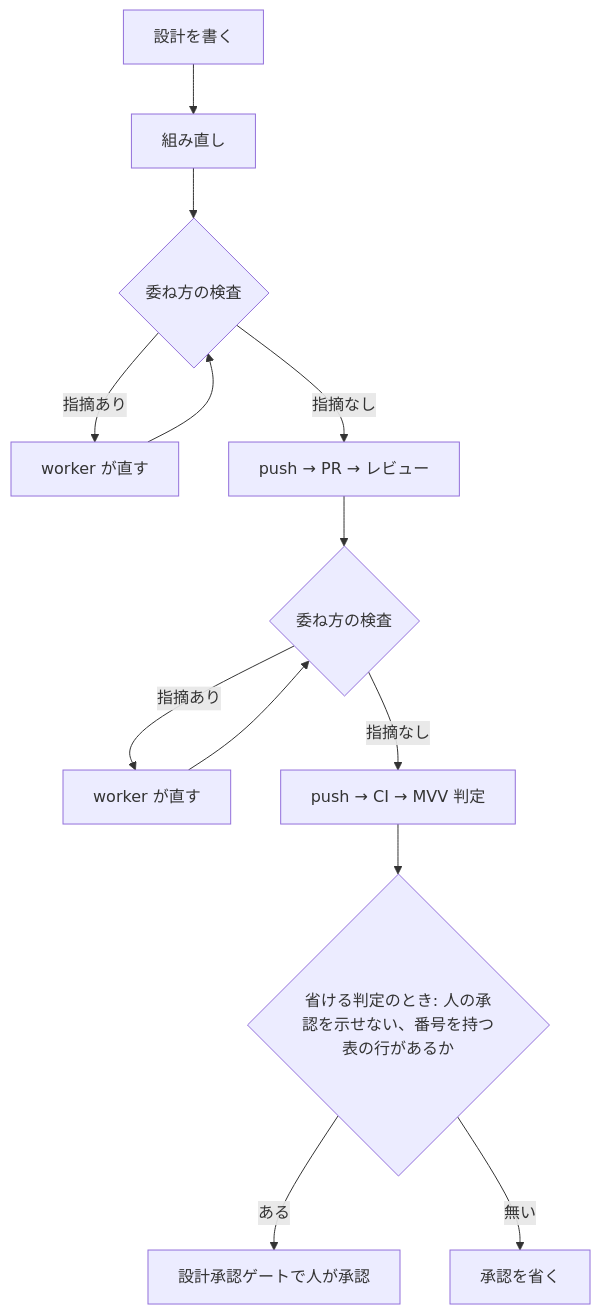
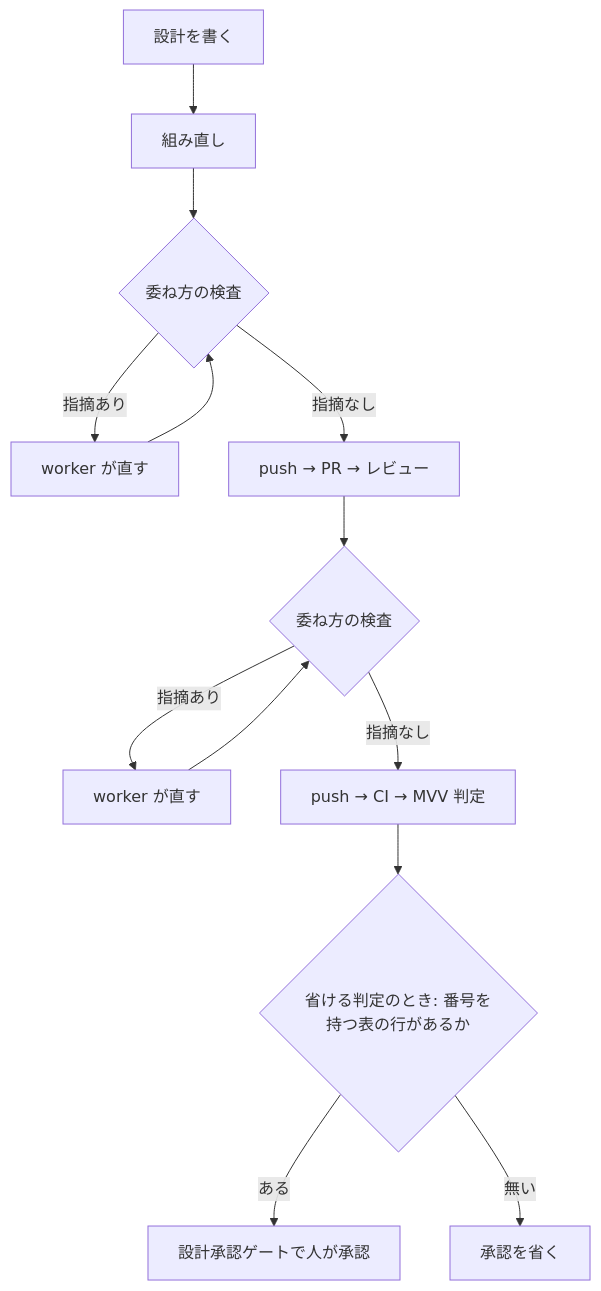
One commit to devbasex/ai-plugins changed the second of 4 diagrams in issues/issue-2912-design.md. Above: the diagram before and after it, drawn with Mermaid. The commit also changed other lines of this file, not shown here.

````diff
--- a/issues/issue-2912-design.md
+++ b/issues/issue-2912-design.md
@@ -46,15 +46,15 @@
 ```mermaid
 graph TD
     A["設計を書く"] --> B["組み直し"]
     B --> C{"委ね方の検査"}
     C -->|"指摘あり"| W["worker が直す"]
     W --> C
     C -->|"指摘なし"| D["push → PR → レビュー"]
     D --> E{"委ね方の検査"}
     E -->|"指摘あり"| W2["worker が直す"]
     W2 --> E
     E -->|"指摘なし"| G["push → CI → MVV 判定"]
-    G --> H{"省ける判定のとき: 人の承認を示せない、番号を持つ表の行があるか"}
+    G --> H{"省ける判定のとき: 番号を持つ表の行があるか"}
     H -->|"ある"| I["設計承認ゲートで人が承認"]
     H -->|"無い"| J["承認を省く"]
 ```
````
